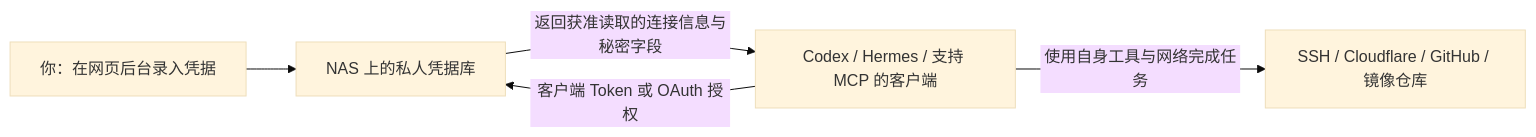
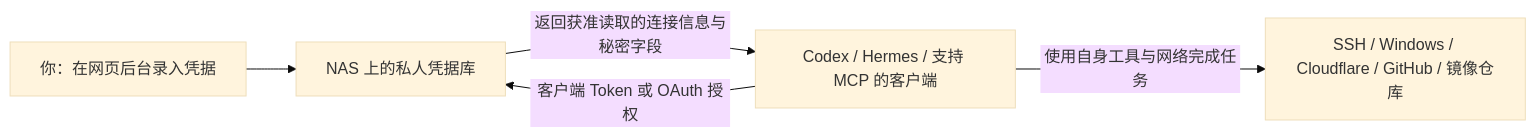
One commit to jinshenganyuci/nas-mcp-console changed the diagram in README.md. Above: the diagram before and after it, drawn with Mermaid (base theme). The commit also changed other lines of this file and 20 other files, not shown here.

````diff
--- a/README.md
+++ b/README.md
@@ -21,7 +22,7 @@
 ```mermaid
 flowchart LR
     U[你：在网页后台录入凭据] --> V[NAS 上的私人凭据库]
     C[Codex / Hermes / 支持 MCP 的客户端] -->|客户端 Token 或 OAuth 授权| V
     V -->|返回获准读取的连接信息与秘密字段| C
-    C -->|使用自身工具与网络完成任务| S[SSH / Cloudflare / GitHub / 镜像仓库]
+    C -->|使用自身工具与网络完成任务| S[SSH / Windows / Cloudflare / GitHub / 镜像仓库]
 ```
````
